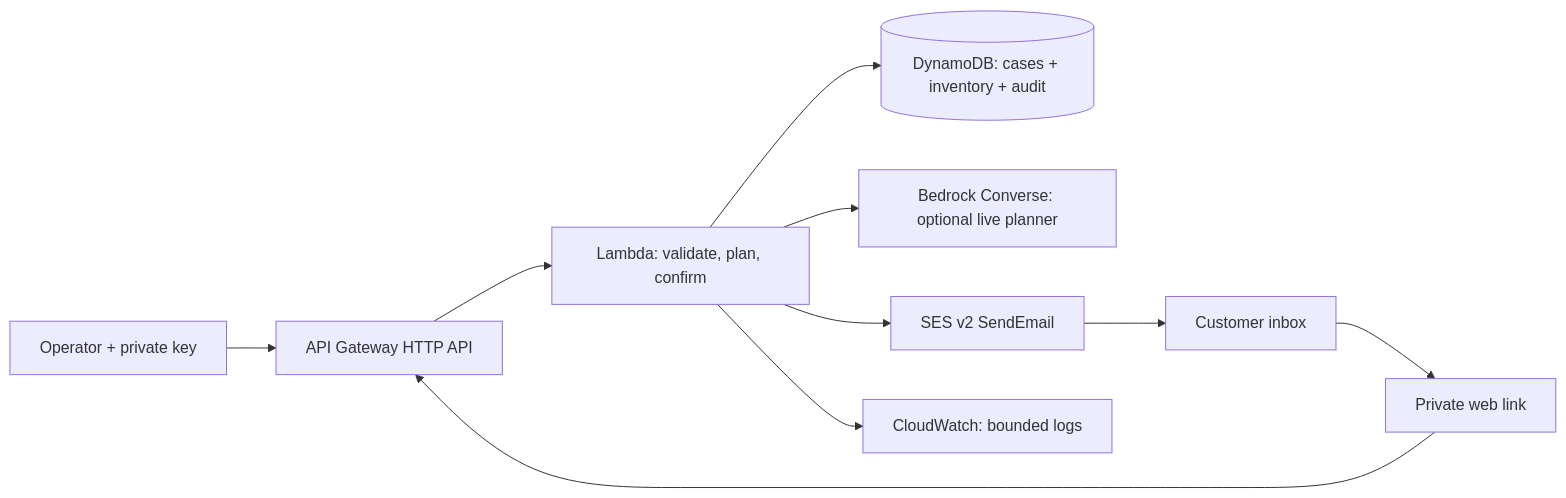
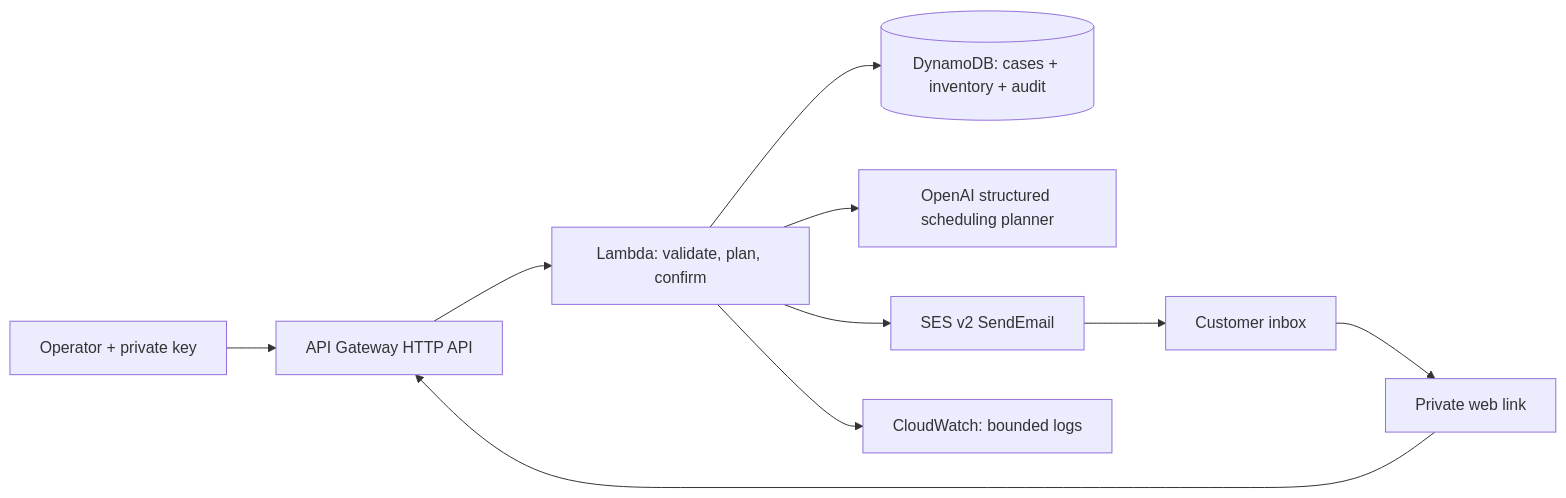
Before and after one commit to ShogunAce/SlotRescue: the first of 2 diagrams in docs/ARCHITECTURE.md, drawn with Mermaid. The commit also changed 8 other files, not shown here.

Commit message:
Add OpenAI structured scheduling replacement with private key setup

````diff
--- a/docs/ARCHITECTURE.md
+++ b/docs/ARCHITECTURE.md
@@ -3,12 +3,12 @@
 ```mermaid
 flowchart LR
  O[Operator + private key] --> API[API Gateway HTTP API]
  API --> L[Lambda: validate, plan, confirm]
  L --> D[(DynamoDB: cases + inventory + audit)]
- L --> B[Bedrock Converse: optional live planner]
+ L --> B[OpenAI structured scheduling planner]
  L --> S[SES v2 SendEmail]
  S --> E[Customer inbox]
  E --> W[Private web link]
  W --> API
  L --> C[CloudWatch: bounded logs]
 ```
````
